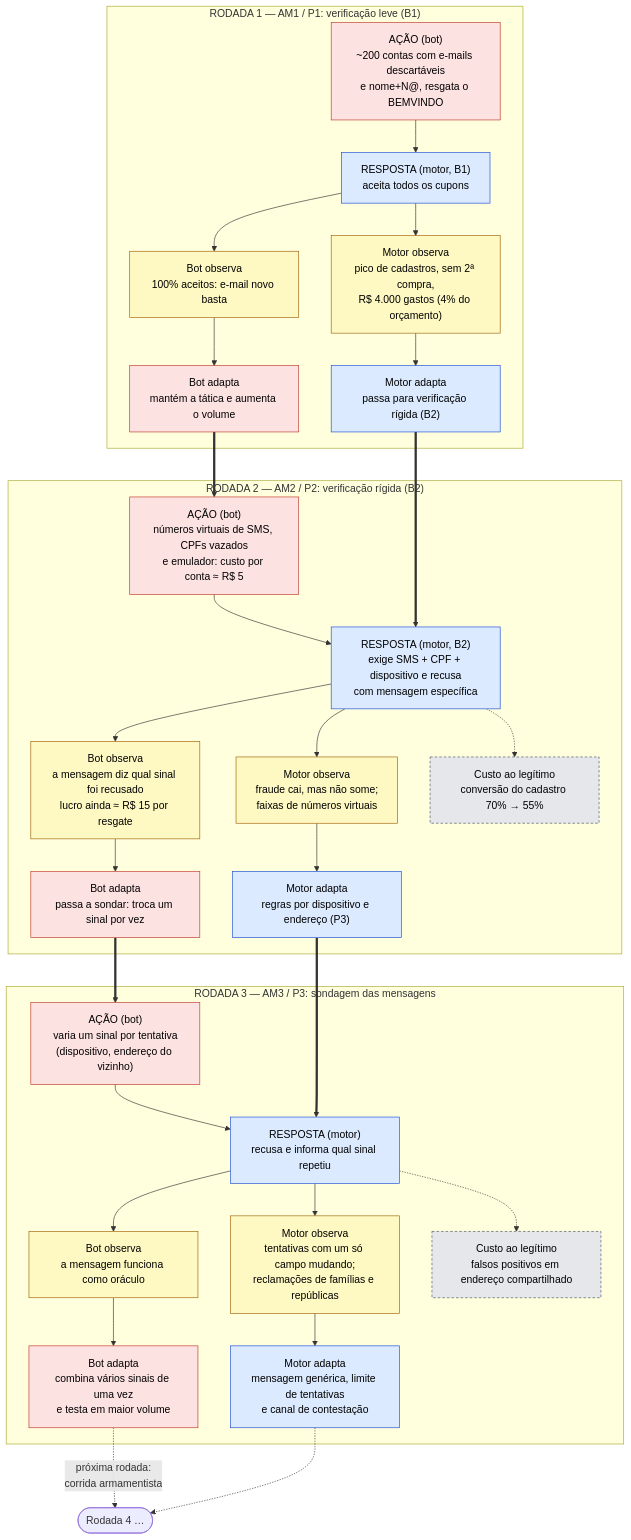
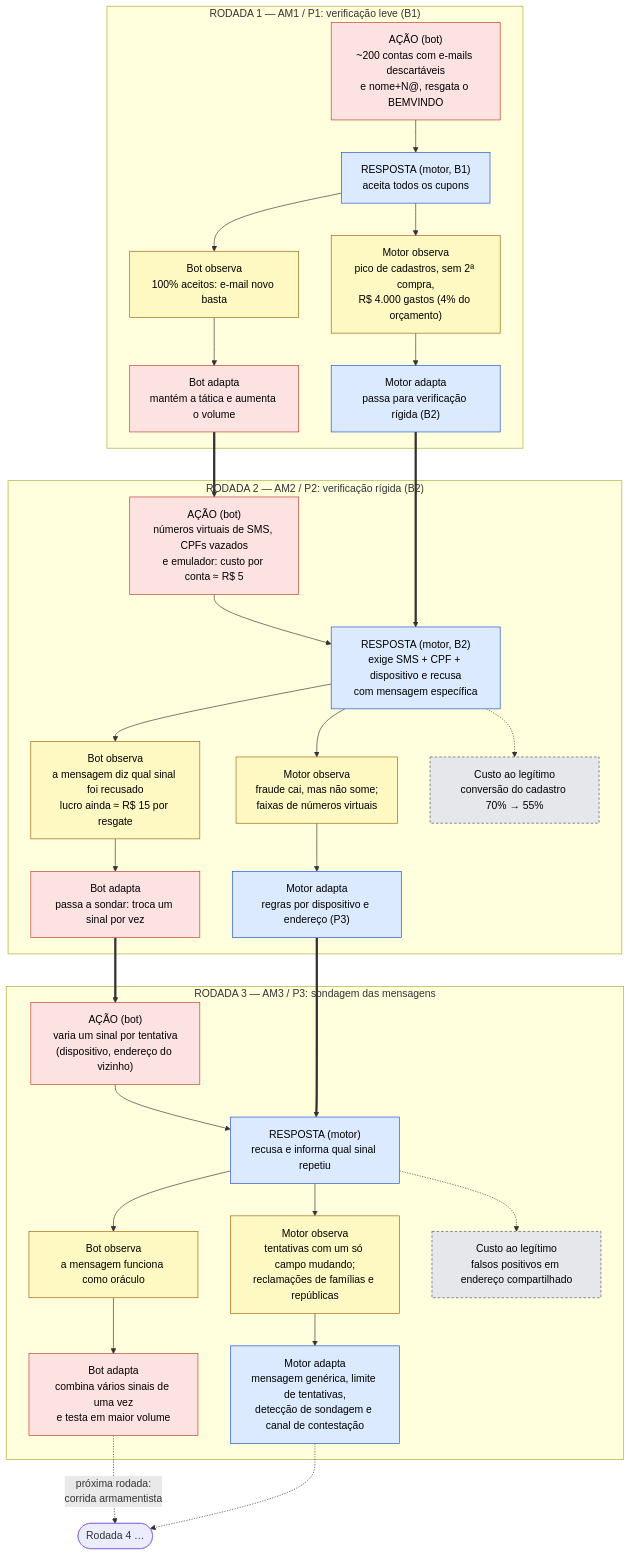
Before and after one commit to ariessa-velasques/trabalho-adversarial: the diagram in diagramas/ciclo-adaptativo.mmd, drawn with Mermaid. The commit also changed 2 other files, not shown here.

Commit message:
Atualiza declaração de uso de IA e ajusta texto e diagrama para conformidade

```diff
--- a/diagramas/ciclo-adaptativo.mmd
+++ b/diagramas/ciclo-adaptativo.mmd
@@ -1,59 +1,59 @@
 %% Diagrama do ciclo adaptativo — Responsável: Vitoria
 %% Exportar: npx -p @mermaid-js/mermaid-cli mmdc -i ciclo-adaptativo.mmd -o ciclo-adaptativo.png -b white -s 2
 %% Legenda: vermelho = bot (jogador A) | azul = motor antifraude (jogador B) | amarelo = observação | cinza = custo para o cliente legítimo
 flowchart TB
     subgraph R1["RODADA 1 — AM1 / P1: verificação leve (B1)"]
         A1["AÇÃO (bot)<br/>~200 contas com e-mails descartáveis<br/>e nome+N@, resgata o BEMVINDO"]
         S1["RESPOSTA (motor, B1)<br/>aceita todos os cupons"]
         OB1["Bot observa<br/>100% aceitos: e-mail novo basta"]
         OM1["Motor observa<br/>pico de cadastros, sem 2ª compra,<br/>R$ 4.000 gastos (4% do orçamento)"]
         DB1["Bot adapta<br/>mantém a tática e aumenta o volume"]
         DM1["Motor adapta<br/>passa para verificação rígida (B2)"]
         A1 --> S1
         S1 --> OB1 --> DB1
         S1 --> OM1 --> DM1
     end
 
     subgraph R2["RODADA 2 — AM2 / P2: verificação rígida (B2)"]
         A2["AÇÃO (bot)<br/>números virtuais de SMS, CPFs vazados<br/>e emulador: custo por conta ≈ R$ 5"]
         S2["RESPOSTA (motor, B2)<br/>exige SMS + CPF + dispositivo e recusa<br/>com mensagem específica"]
         OB2["Bot observa<br/>a mensagem diz qual sinal foi recusado<br/>lucro ainda ≈ R$ 15 por resgate"]
         OM2["Motor observa<br/>fraude cai, mas não some;<br/>faixas de números virtuais"]
         CL2["Custo ao legítimo<br/>conversão do cadastro 70% → 55%"]
         DB2["Bot adapta<br/>passa a sondar: troca um sinal por vez"]
         DM2["Motor adapta<br/>regras por dispositivo e endereço (P3)"]
         A2 --> S2
         S2 --> OB2 --> DB2
         S2 --> OM2 --> DM2
         S2 -.-> CL2
     end
 
     subgraph R3["RODADA 3 — AM3 / P3: sondagem das mensagens"]
         A3["AÇÃO (bot)<br/>varia um sinal por tentativa<br/>(dispositivo, endereço do vizinho)"]
         S3["RESPOSTA (motor)<br/>recusa e informa qual sinal repetiu"]
         OB3["Bot observa<br/>a mensagem funciona como oráculo"]
         OM3["Motor observa<br/>tentativas com um só campo mudando;<br/>reclamações de famílias e repúblicas"]
         CL3["Custo ao legítimo<br/>falsos positivos em endereço compartilhado"]
         DB3["Bot adapta<br/>combina vários sinais de uma vez<br/>e testa em maior volume"]
-        DM3["Motor adapta<br/>mensagem genérica, limite de tentativas<br/>e canal de contestação"]
+        DM3["Motor adapta<br/>mensagem genérica, limite de tentativas,<br/>detecção de sondagem e canal de contestação"]
         A3 --> S3
         S3 --> OB3 --> DB3
         S3 --> OM3 --> DM3
         S3 -.-> CL3
     end
 
     DB1 ==> A2
     DM1 ==> S2
     DB2 ==> A3
     DM2 ==> S3
     DB3 -. "próxima rodada:<br/>corrida armamentista" .-> A4(["Rodada 4 …"])
     DM3 -.-> A4
 
     classDef bot fill:#fde2e2,stroke:#c0392b,color:#000
     classDef motor fill:#dbeafe,stroke:#1d4ed8,color:#000
     classDef obs fill:#fef9c3,stroke:#a16207,color:#000
     classDef custo fill:#e5e7eb,stroke:#4b5563,stroke-dasharray:4 3,color:#000
     class A1,A2,A3,DB1,DB2,DB3 bot
     class S1,S2,S3,DM1,DM2,DM3 motor
     class OB1,OB2,OB3,OM1,OM2,OM3 obs
     class CL2,CL3 custo
```
